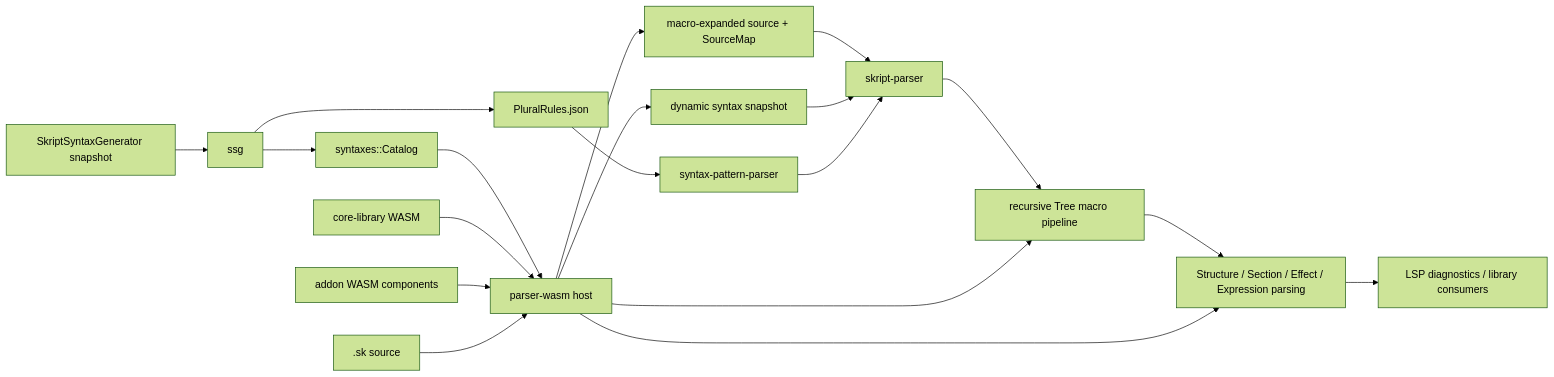
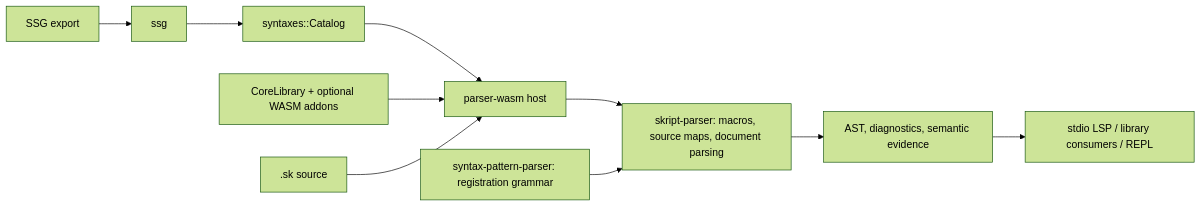
Before and after one commit to nlaocs/Skript-LSP: the diagram in README.md, drawn with Mermaid (forest theme). The commit also changed other lines of this file and 4 other files, not shown here.

````diff
--- a/README.md
+++ b/README.md
@@ -63,21 +78,11 @@
 ```mermaid
 flowchart LR
-    SSG["SkriptSyntaxGenerator snapshot"] --> Loader["ssg"]
-    Loader --> Catalog["syntaxes::Catalog"]
-    Loader --> Rules["PluralRules.json"]
-    Rules --> Patterns["syntax-pattern-parser"]
+    Export["SSG export"] --> SSG["ssg"] --> Catalog["syntaxes::Catalog"]
     Catalog --> Host["parser-wasm host"]
-    Core["core-library WASM"] --> Host
-    Addons["addon WASM components"] --> Host
-    Host --> Dynamic["dynamic syntax snapshot"]
+    Core["CoreLibrary + optional WASM addons"] --> Host
     Source[".sk source"] --> Host
-    Host --> Expanded["macro-expanded source + SourceMap"]
-    Expanded --> Parser["skript-parser"]
-    Parser --> Tree["recursive Tree macro pipeline"]
-    Host --> Tree
-    Tree --> Syntax["Structure / Section / Effect / Expression parsing"]
-    Host --> Syntax
-    Syntax --> Consumers["LSP diagnostics / library consumers"]
-    Dynamic --> Parser
-    Patterns --> Parser
+    Host --> Parser["skript-parser: macros, source maps, document parsing"]
+    Patterns["syntax-pattern-parser: registration grammar"] --> Parser
+    Parser --> Results["AST, diagnostics, semantic evidence"]
+    Results --> LSP["stdio LSP / library consumers / REPL"]
 ```
````
